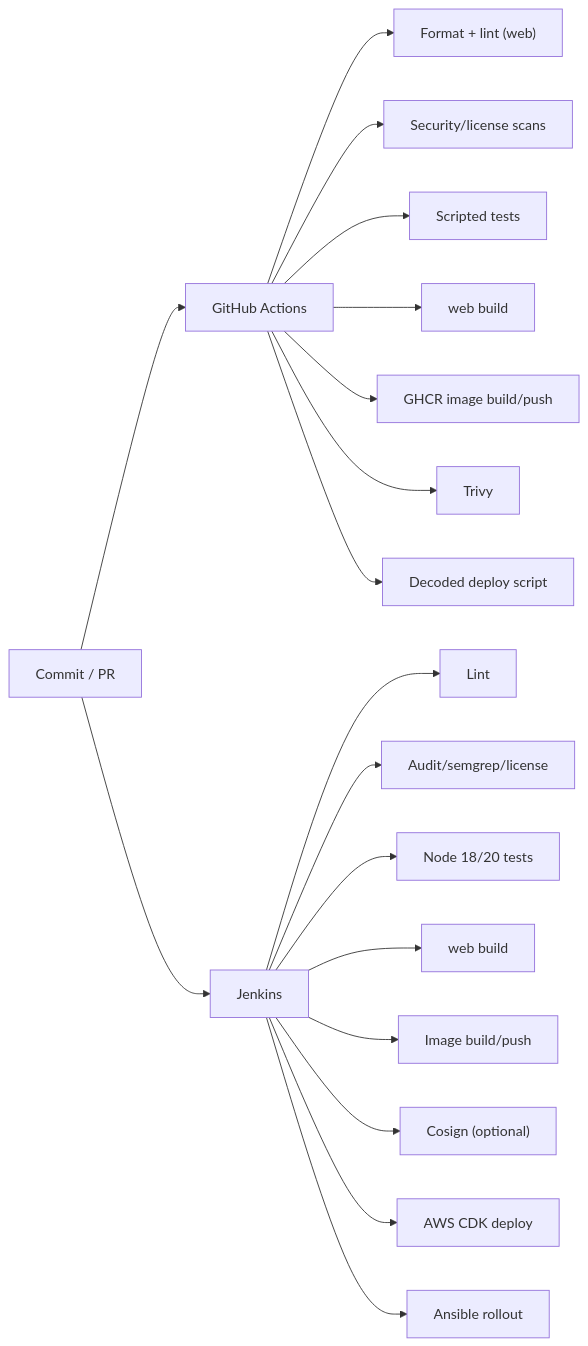
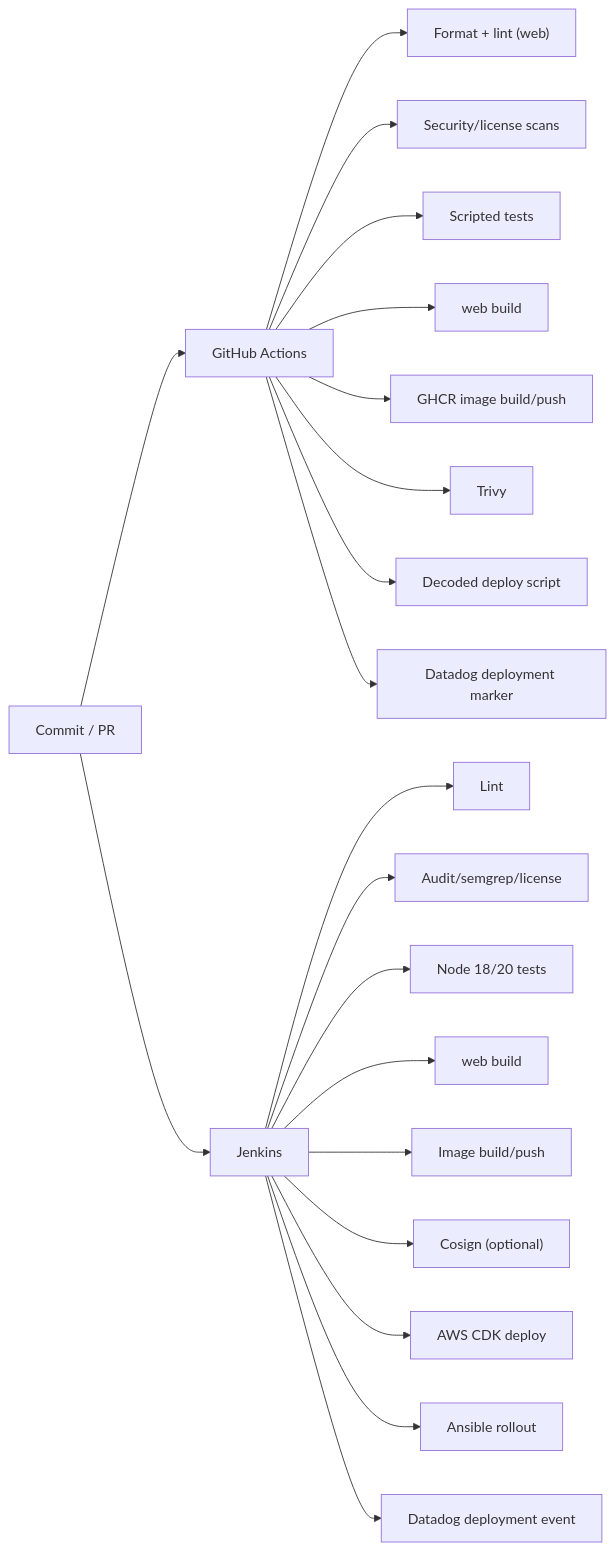
One commit to hoangsonww/SymptomSync-Health-App changed diagram 17 of 20 in ARCHITECTURE.md. Above: the diagram before and after it, drawn with Mermaid. The commit also changed other lines of this file and 23 other files, not shown here.

````diff
--- a/ARCHITECTURE.md
+++ b/ARCHITECTURE.md
@@ -490,22 +516,24 @@
 ```mermaid
 flowchart LR
   Commit["Commit / PR"] --> GHA["GitHub Actions"]
   Commit --> Jenkins["Jenkins"]
 
   GHA --> GHALint["Format + lint (web)"]
   GHA --> GHASec["Security/license scans"]
   GHA --> GHATest["Scripted tests"]
   GHA --> GHABuild["web build"]
   GHA --> GHADocker["GHCR image build/push"]
   GHA --> GHAScan["Trivy"]
   GHA --> GHADeploy["Decoded deploy script"]
+  GHA --> GHADD["Datadog deployment marker"]
 
   Jenkins --> JLint["Lint"]
   Jenkins --> JSec["Audit/semgrep/license"]
   Jenkins --> JTest["Node 18/20 tests"]
   Jenkins --> JBuild["web build"]
   Jenkins --> JDocker["Image build/push"]
   Jenkins --> JSign["Cosign (optional)"]
   Jenkins --> JCDK["AWS CDK deploy"]
   Jenkins --> JRoll["Ansible rollout"]
+  Jenkins --> JDD["Datadog deployment event"]
 ```
````
